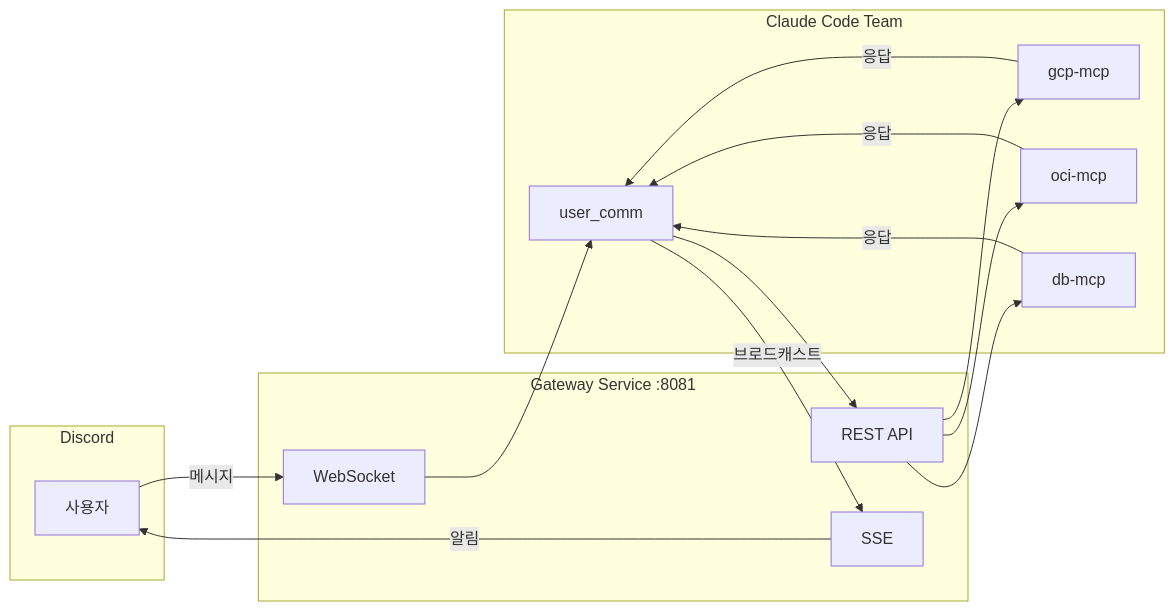
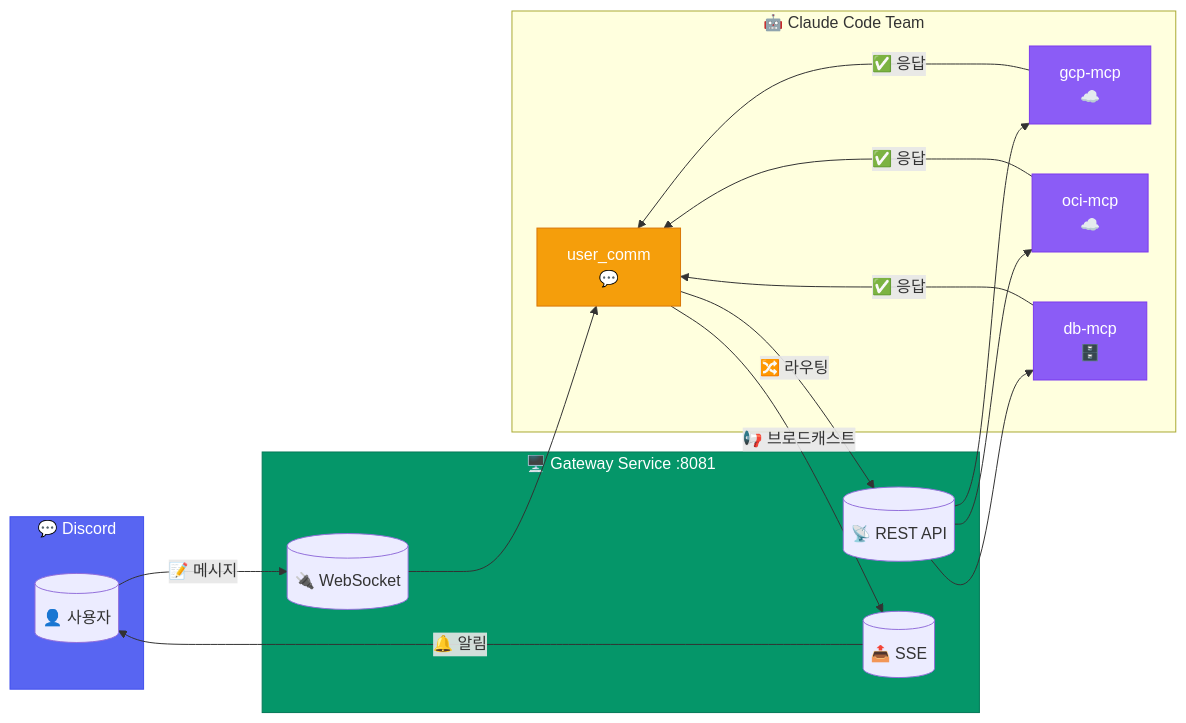
Before and after one commit to yarang/blogs: the first of 8 diagrams in content/ko/post/2026-03-01-013-discord-gateway-mcp-아키텍처-설계.md, drawn with Mermaid. The commit also changed other lines of this file and 4 other files, not shown here.

First line of the commit message:
Upgrade Mermaid diagrams with enhanced styling

````diff
--- a/content/ko/post/2026-03-01-013-discord-gateway-mcp-아키텍처-설계.md
+++ b/content/ko/post/2026-03-01-013-discord-gateway-mcp-아키텍처-설계.md
@@ -29,31 +29,42 @@
 ```mermaid
 flowchart LR
-    subgraph Discord["Discord"]
-        User[사용자]
+    %% 스타일 정의
+    classDef discord fill:#5865F2,stroke:#404EED,color:#fff
+    classDef gateway fill:#059669,stroke:#047857,color:#fff
+    classDef agent fill:#F59E0B,stroke:#D97706,color:#fff
+    classDef mcp fill:#8B5CF6,stroke:#7C3AED,color:#fff
+    classDef storage fill:#6B7280,stroke:#4B5563,color:#fff
+
+    subgraph Discord["💬 Discord"]
+        User[("👤 사용자")]
     end
 
-    subgraph Gateway["Gateway Service :8081"]
-        WS[WebSocket]
-        API[REST API]
-        SSE[SSE]
+    subgraph Gateway["🖥️ Gateway Service :8081"]
+        WS[("🔌 WebSocket")]
+        API[("📡 REST API")]
+        SSE[("📤 SSE")]
     end
 
-    subgraph Agents["Claude Code Team"]
-        UserComm[user_comm]
-        GCP[gcp-mcp]
-        OCI[oci-mcp]
-        DB[db-mcp]
+    subgraph Agents["🤖 Claude Code Team"]
+        UserComm["user_comm<br/>💬"]
+        GCP["gcp-mcp<br/>☁️"]:::mcp
+        OCI["oci-mcp<br/>☁️"]:::mcp
+        DB["db-mcp<br/>🗄️"]:::mcp
     end
 
-    User -->|메시지| WS
+    User -->|"📝 메시지"| WS
     WS --> UserComm
-    UserComm --> API
+    UserComm -->|"🔀 라우팅"| API
     API --> GCP
     API --> OCI
     API --> DB
-    GCP -->|응답| UserComm
-    OCI -->|응답| UserComm
-    DB -->|응답| UserComm
-    UserComm -->|브로드캐스트| SSE
-    SSE -->|알림| User
+    GCP -->|"✅ 응답"| UserComm
+    OCI -->|"✅ 응답"| UserComm
+    DB -->|"✅ 응답"| UserComm
+    UserComm -->|"📢 브로드캐스트"| SSE
+    SSE -->|"🔔 알림"| User
+
+    class Discord discord
+    class Gateway gateway
+    class UserComm agent
 ```
````
